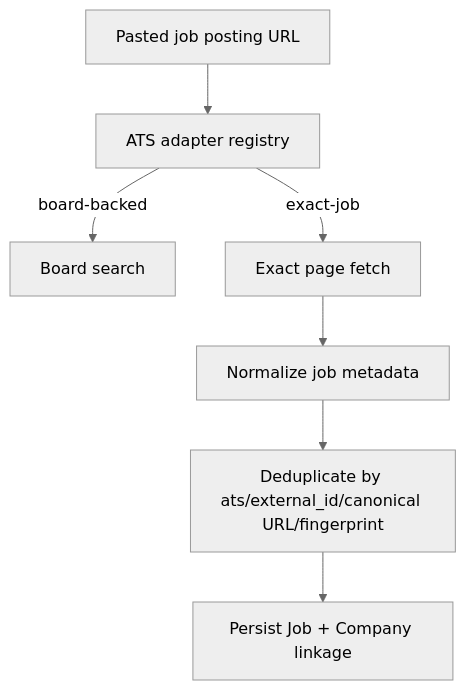
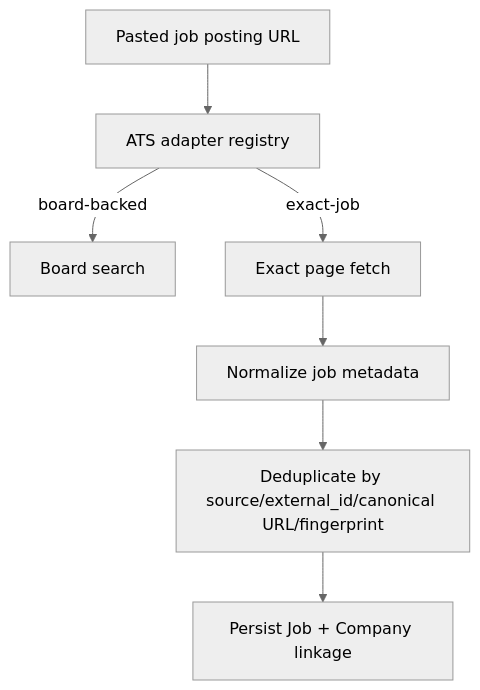
The second of 4 diagrams in architecture.md (mayowa2133/NexusReach), drawn with Mermaid (neutral theme) before and after one commit. The commit also changed other lines of this file and 7 other files, not shown here.

````diff
--- a/architecture.md
+++ b/architecture.md
@@ -272,9 +304,9 @@
 ```mermaid
 flowchart TD
     URL["Pasted job posting URL"] --> PARSE["ATS adapter registry"]
     PARSE -->|board-backed| BOARD["Board search"]
     PARSE -->|exact-job| FETCH["Exact page fetch"]
     FETCH --> NORM["Normalize job metadata"]
-    NORM --> DEDUPE["Deduplicate by ats/external_id/canonical URL/fingerprint"]
+    NORM --> DEDUPE["Deduplicate by source/external_id/canonical URL/fingerprint"]
     DEDUPE --> SAVE["Persist Job + Company linkage"]
 ```
````
